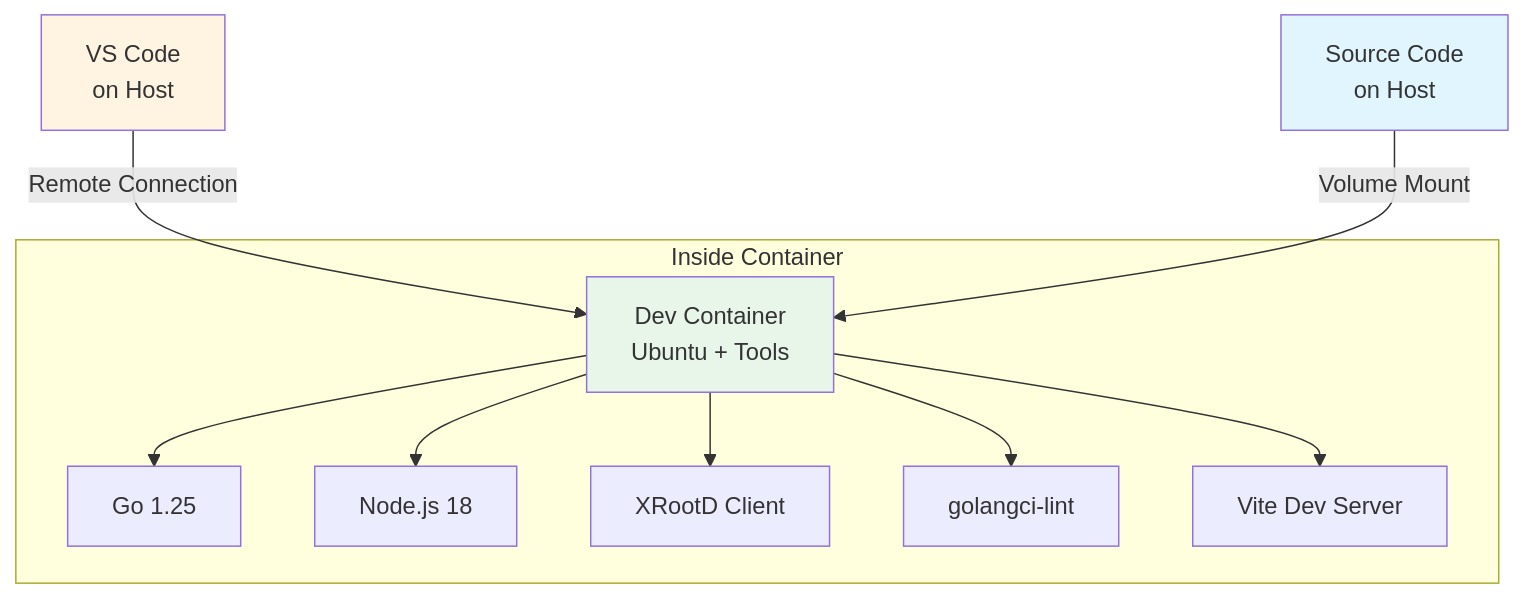
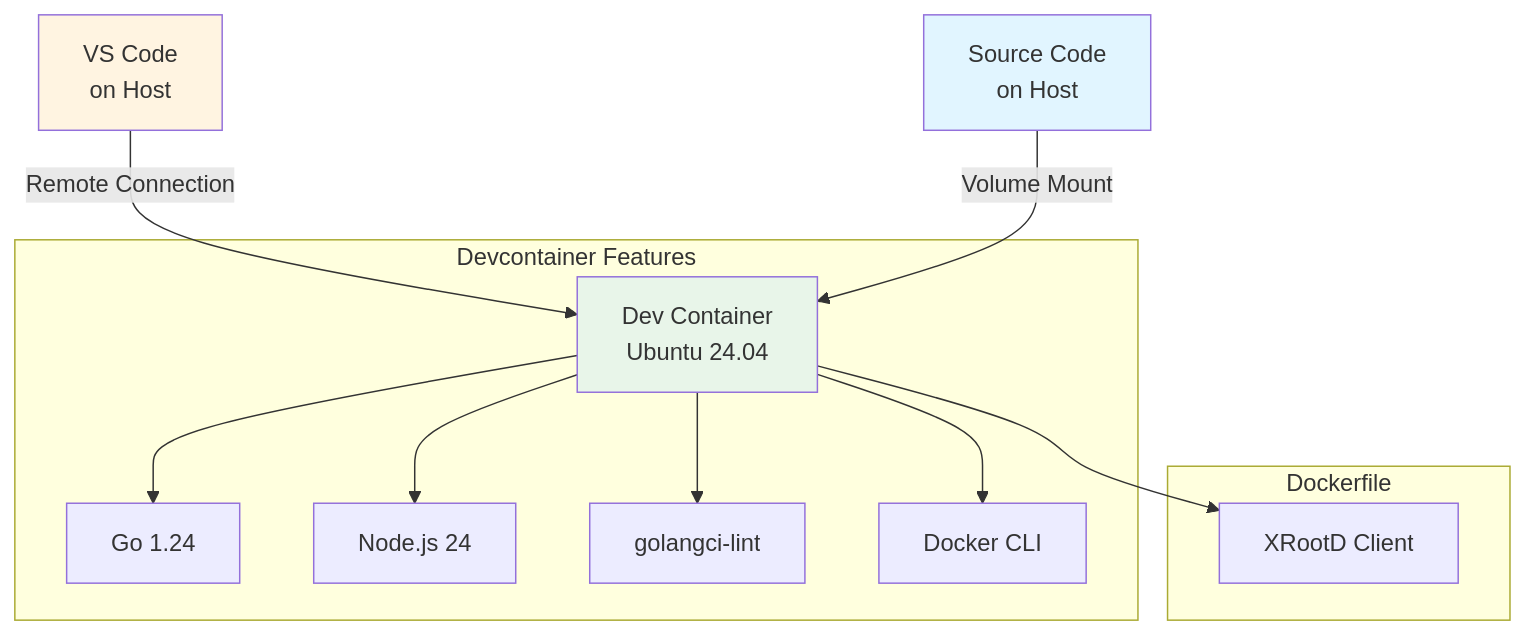
One commit to AnarManafov/dataharbor changed the diagram in .devcontainer/README.md. Above: the diagram before and after it, drawn with Mermaid. The commit also changed other lines of this file and 3 other files, not shown here.

Commit message:
feat(devcontainer): use devcontainer features rather than Go base image

````diff
--- a/.devcontainer/README.md
+++ b/.devcontainer/README.md
@@ -120,21 +109,24 @@
 ```mermaid
 graph TB
     CODE[Source Code<br/>on Host]
-    CONTAINER[Dev Container<br/>Ubuntu + Tools]
+    CONTAINER[Dev Container<br/>Ubuntu 24.04]
     VSCODE[VS Code<br/>on Host]
 
     VSCODE -->|Remote Connection| CONTAINER
     CODE -->|Volume Mount| CONTAINER
 
-    subgraph "Inside Container"
-        CONTAINER --> GO[Go 1.25]
-        CONTAINER --> NODE[Node.js 18]
+    subgraph "Devcontainer Features"
+        CONTAINER --> GO[Go 1.24]
+        CONTAINER --> NODE[Node.js 24]
+        CONTAINER --> LINT[golangci-lint]
+        CONTAINER --> DOCKER[Docker CLI]
+    end
+
+    subgraph "Dockerfile"
         CONTAINER --> XROOTD[XRootD Client]
-        CONTAINER --> LINT[golangci-lint]
-        CONTAINER --> VITE[Vite Dev Server]
     end
 
     style CONTAINER fill:#e8f5e9
     style CODE fill:#e1f5ff
     style VSCODE fill:#fff4e1
 ```
````
